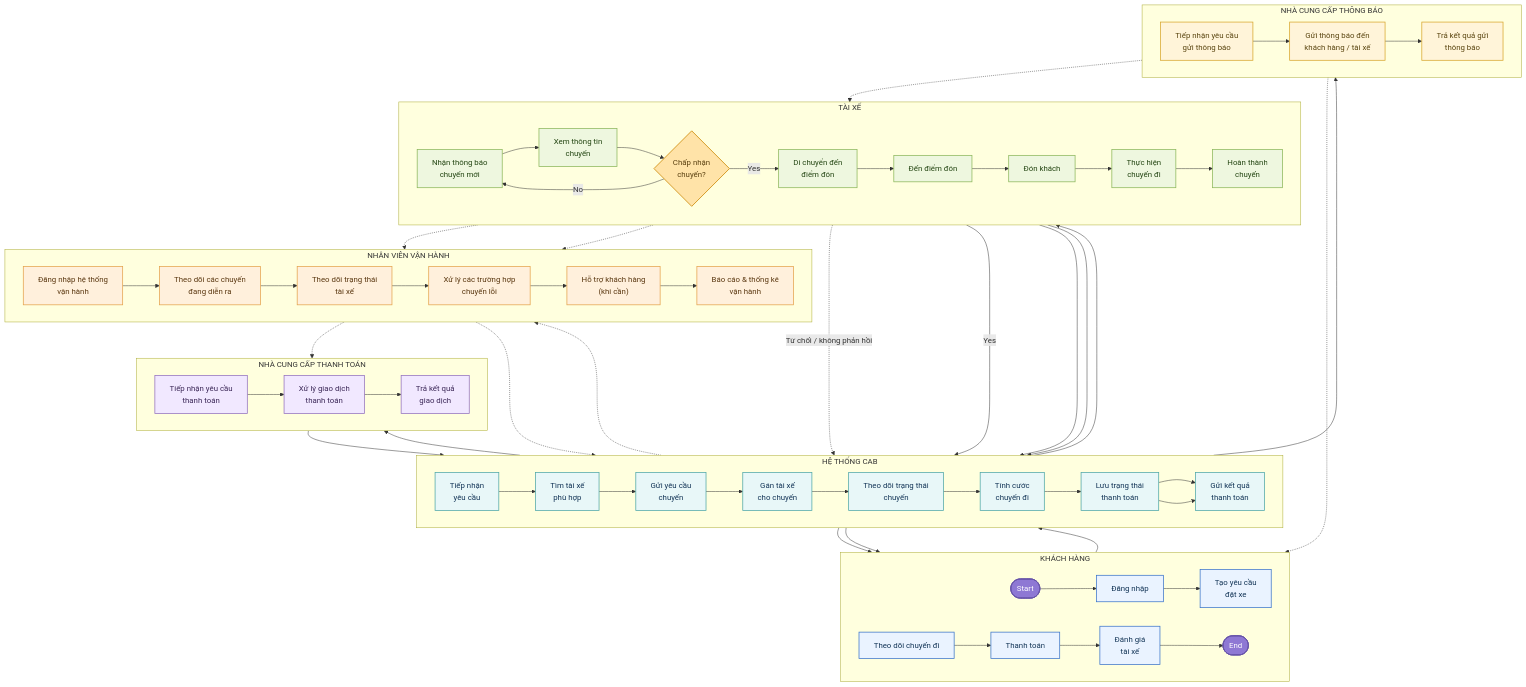
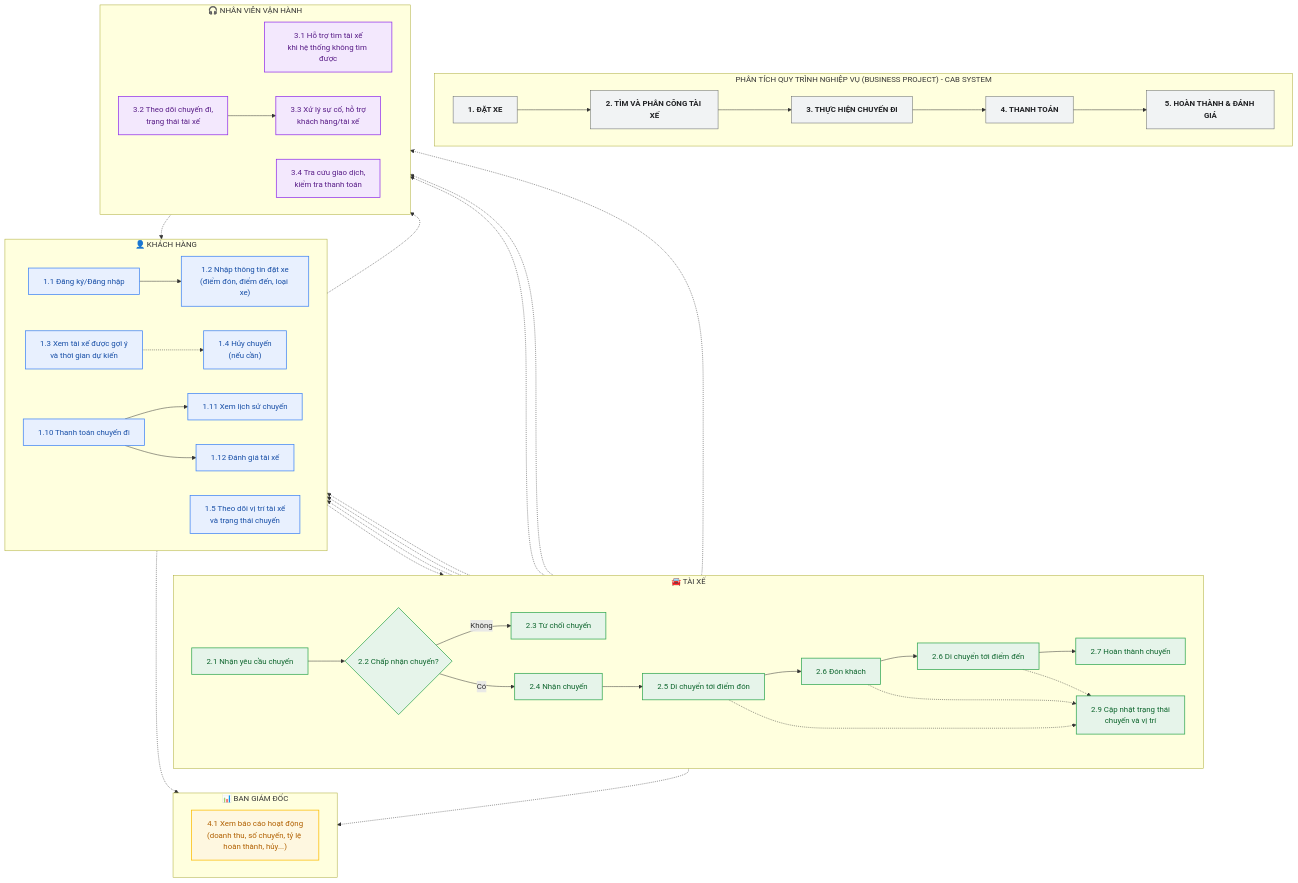
Before and after one commit to DuyThuc110205/23641051_TranTrongDuythuc_cabsystem: the third of 3 diagrams in README.md, drawn with Mermaid. The commit also changed other lines of this file, not shown here.

````diff
--- a/README.md
+++ b/README.md
@@ -763,257 +702,119 @@
 ```mermaid
-flowchart TB
+flowchart TD
 
 %% =========================================================
-%% KHÁCH HÀNG
+%% GIAO ĐOẠN QUY TRÌNH (STAGES)
+%% =========================================================
+subgraph STAGES["PHÂN TÍCH QUY TRÌNH NGHIỆP VỤ (BUSINESS PROJECT) - CAB SYSTEM"]
+direction LR
+    ST1["1. ĐẶT XE"]
+    ST2["2. TÌM VÀ PHÂN CÔNG TÀI XẾ"]
+    ST3["3. THỰC HIỆN CHUYẾN ĐI"]
+    ST4["4. THANH TOÁN"]
+    ST5["5. HOÀN THÀNH & ĐÁNH GIÁ"]
+    ST1 ---> ST2 ---> ST3 ---> ST4 ---> ST5
+end
+
+%% =========================================================
+%% SWIMLANES (LÀN TÁC NHÂN)
 %% =========================================================
 
-subgraph CUSTOMER["KHÁCH HÀNG"]
-direction LR
-
-C_START(["Start"])
-C_LOGIN["Đăng nhập"]
-C_BOOK["Tạo yêu cầu<br/>đặt xe"]
-C_TRACK["Theo dõi chuyến đi"]
-C_PAY["Thanh toán"]
-C_RATE["Đánh giá<br/>tài xế"]
-C_END(["End"])
-
-C_START --> C_LOGIN
-C_LOGIN --> C_BOOK
-C_TRACK --> C_PAY
-C_PAY --> C_RATE
-C_RATE --> C_END
-
+%% 1. KHÁCH HÀNG
+subgraph LANE_CUSTOMER["👤 KHÁCH HÀNG"]
+    direction LR
+    N1_1["1.1 Đăng ký/Đăng nhập"]
+    N1_2["1.2 Nhập thông tin đặt xe<br/>(điểm đón, điểm đến, loại xe)"]
+    N1_3["1.3 Xem tài xế được gợi ý<br/>và thời gian dự kiến"]
+    N1_4["1.4 Hủy chuyến<br/>(nếu cần)"]
+    N1_5["1.5 Theo dõi vị trí tài xế<br/>và trạng thái chuyến"]
+    N1_10["1.10 Thanh toán chuyến đi"]
+    N1_11["1.11 Xem lịch sử chuyến"]
+    N1_12["1.12 Đánh giá tài xế"]
 end
 
+%% 2. TÀI XẾ
+subgraph LANE_DRIVER["🚘 TÀI XẾ"]
+    direction LR
+    N2_1["2.1 Nhận yêu cầu chuyến"]
+    N2_2{"2.2 Chấp nhận chuyến?"}
+    N2_3["2.3 Từ chối chuyến"]
+    N2_4["2.4 Nhận chuyến"]
+    N2_5["2.5 Di chuyển tới điểm đón"]
+    N2_6_1["2.6 Đón khách"]
+    N2_6_2["2.6 Di chuyển tới điểm đến"]
+    N2_7["2.7 Hoàn thành chuyến"]
+    N2_9["2.9 Cập nhật trạng thái<br/>chuyến và vị trí"]
+end
+
+%% 3. NHÂN VIÊN VẬN HÀNH
+subgraph LANE_OPERATOR["🎧 NHÂN VIÊN VẬN HÀNH"]
+    direction LR
+    N3_1["3.1 Hỗ trợ tìm tài xế<br/>khi hệ thống không tìm được"]
+    N3_2["3.2 Theo dõi chuyến đi,<br/>trạng thái tài xế"]
+    N3_3["3.3 Xử lý sự cố, hỗ trợ<br/>khách hàng/tài xế"]
+    N3_4["3.4 Tra cứu giao dịch,<br/>kiểm tra thanh toán"]
+end
+
+%% 4. BAN GIÁM ĐỐC
+subgraph LANE_BOARD["📊 BAN GIÁM ĐỐC"]
+    direction LR
+    N4_1["4.1 Xem báo cáo hoạt động<br/>(doanh thu, số chuyến, tỷ lệ hoàn thành, hủy...)"]
+end
 
 %% =========================================================
-%% HỆ THỐNG CAB
+%% LUỒNG NGHIỆP VỤ & LIÊN KẾT (FLOWS & CONNECTIONS)
 %% =========================================================
 
-subgraph SYSTEM["HỆ THỐNG CAB"]
-direction LR
+%% Làn Khách hàng
+N1_1 --> N1_2
+N1_2 -.-> N2_1
+N1_3 -.-> N1_4
+N1_10 --> N1_11
+N1_10 --> N1_12
 
-SYS_RECEIVE["Tiếp nhận<br/>yêu cầu"]
-SYS_FIND["Tìm tài xế<br/>phù hợp"]
-SYS_SEND["Gửi yêu cầu<br/>chuyến"]
-SYS_ASSIGN["Gán tài xế<br/>cho chuyến"]
-SYS_TRACK["Theo dõi trạng thái<br/>chuyến"]
-SYS_FARE["Tính cước<br/>chuyến đi"]
-SYS_SAVE["Lưu trạng thái<br/>thanh toán"]
-SYS_RESULT["Gửi kết quả<br/>thanh toán"]
+%% Làn Tài xế
+N2_1 --> N2_2
+N2_2 -- "Không" --> N2_3
+N2_2 -- "Có" --> N2_4
+N2_3 -.-> N3_1
+N2_4 -.-> N1_3
+N2_4 --> N2_5
+N2_5 --> N2_6_1
+N2_6_1 --> N2_6_2
+N2_6_2 --> N2_7
 
-SYS_RECEIVE --> SYS_FIND
-SYS_FIND --> SYS_SEND
-SYS_SEND --> SYS_ASSIGN
-SYS_ASSIGN --> SYS_TRACK
-SYS_TRACK --> SYS_FARE
-SYS_FARE --> SYS_SAVE
-SYS_SAVE --> SYS_RESULT
+%% Cập nhật vị trí & trạng thái
+N2_5 -.-> N2_9
+N2_6_1 -.-> N2_9
+N2_6_2 -.-> N2_9
+N2_9 -.-> N1_5
 
-end
+%% Làn Nhân viên Vận hành
+N3_1 -.-> N1_3
+N3_2 --> N3_3
+N2_9 -.-> N3_2
+N2_7 -.-> N3_4
+N1_10 -.-> N3_4
 
+%% Làn Ban Giám đốc
+N2_7 -.-> N4_1
+N1_12 -.-> N4_1
+
+%% Chuyển giao qua Thanh toán
+N2_7 -.-> N1_10
 
 %% =========================================================
-%% TÀI XẾ
+%% STYLES & COLORS
 %% =========================================================
+classDef stageStyle fill:#f1f3f4,stroke:#5f6368,stroke-width:1px,color:#202124,font-weight:bold;
+classDef custStyle fill:#e8f0fe,stroke:#4285f4,stroke-width:1.5px,color:#174ea6;
+classDef drivStyle fill:#e6f4ea,stroke:#34a853,stroke-width:1.5px,color:#0d652d;
+classDef operStyle fill:#f3e8fd,stroke:#9333ea,stroke-width:1.5px,color:#581c87;
+classDef boardStyle fill:#fef7e0,stroke:#fbbc04,stroke-width:1.5px,color:#b06000;
 
-subgraph DRIVER["TÀI XẾ"]
-direction LR
-
-D_NOTIFY["Nhận thông báo<br/>chuyến mới"]
-D_VIEW["Xem thông tin<br/>chuyến"]
-D_ACCEPT{"Chấp nhận<br/>chuyến?"}
-D_MOVE["Di chuyển đến<br/>điểm đón"]
-D_ARRIVE["Đến điểm đón"]
-D_PICKUP["Đón khách"]
-D_TRIP["Thực hiện<br/>chuyến đi"]
-D_COMPLETE["Hoàn thành<br/>chuyến"]
-
-D_NOTIFY --> D_VIEW
-D_VIEW --> D_ACCEPT
-D_ACCEPT -->|Yes| D_MOVE
-D_MOVE --> D_ARRIVE
-D_ARRIVE --> D_PICKUP
-D_PICKUP --> D_TRIP
-D_TRIP --> D_COMPLETE
-
-end
-
-
-%% =========================================================
-%% NHÂN VIÊN VẬN HÀNH
-%% =========================================================
-
-subgraph OPERATION["NHÂN VIÊN VẬN HÀNH"]
-direction LR
-
-O_LOGIN["Đăng nhập hệ thống<br/>vận hành"]
-O_MONITOR_TRIP["Theo dõi các chuyến<br/>đang diễn ra"]
-O_MONITOR_DRIVER["Theo dõi trạng thái<br/>tài xế"]
-O_ERROR["Xử lý các trường hợp<br/>chuyến lỗi"]
-O_SUPPORT["Hỗ trợ khách hàng<br/>(khi cần)"]
-O_REPORT["Báo cáo & thống kê<br/>vận hành"]
-
-O_LOGIN --> O_MONITOR_TRIP
-O_MONITOR_TRIP --> O_MONITOR_DRIVER
-O_MONITOR_DRIVER --> O_ERROR
-O_ERROR --> O_SUPPORT
-O_SUPPORT --> O_REPORT
-
-end
-
-
-%% =========================================================
-%% NHÀ CUNG CẤP THANH TOÁN
-%% =========================================================
-
-subgraph PAYMENT["NHÀ CUNG CẤP THANH TOÁN"]
-direction LR
-
-PAY_RECEIVE["Tiếp nhận yêu cầu<br/>thanh toán"]
-PAY_PROCESS["Xử lý giao dịch<br/>thanh toán"]
-PAY_RESULT["Trả kết quả<br/>giao dịch"]
-
-PAY_RECEIVE --> PAY_PROCESS
-PAY_PROCESS --> PAY_RESULT
-
-end
-
-
-%% =========================================================
-%% NHÀ CUNG CẤP THÔNG BÁO
-%% =========================================================
-
-subgraph NOTIFICATION["NHÀ CUNG CẤP THÔNG BÁO"]
-direction LR
-
-NOTI_RECEIVE["Tiếp nhận yêu cầu<br/>gửi thông báo"]
-NOTI_SEND["Gửi thông báo đến<br/>khách hàng / tài xế"]
-NOTI_RESULT["Trả kết quả gửi<br/>thông báo"]
-
-NOTI_RECEIVE --> NOTI_SEND
-NOTI_SEND --> NOTI_RESULT
-
-end
-
-
-%% =========================================================
-%% KHÁCH HÀNG → HỆ THỐNG
-%% =========================================================
-
-C_BOOK --> SYS_RECEIVE
-
-
-%% =========================================================
-%% HỆ THỐNG → TÀI XẾ
-%% =========================================================
-
-SYS_SEND --> D_NOTIFY
-
-
-%% =========================================================
-%% TÀI XẾ TỪ CHỐI / KHÔNG PHẢN HỒI
-%% =========================================================
-
-D_ACCEPT -->|No| D_NOTIFY
-
-D_ACCEPT -. "Từ chối / không phản hồi" .-> SYS_FIND
-
-
-%% =========================================================
-%% TÀI XẾ → HỆ THỐNG
-%% =========================================================
-
-D_ACCEPT -->|Yes| SYS_ASSIGN
-
-D_COMPLETE --> SYS_TRACK
-
-
-%% =========================================================
-%% HỆ THỐNG → KHÁCH HÀNG
-%% =========================================================
-
-SYS_TRACK --> C_TRACK
-SYS_RESULT --> C_PAY
-
-
-%% =========================================================
-%% QUẢN LÝ / GIÁM SÁT VẬN HÀNH
-%% =========================================================
-
-SYS_TRACK -.-> O_MONITOR_TRIP
-D_COMPLETE -.-> O_MONITOR_TRIP
-D_NOTIFY -.-> O_MONITOR_DRIVER
-
-
-%% =========================================================
-%% HOÀN THÀNH CHUYẾN → TÍNH CƯỚC
-%% =========================================================
-
-D_COMPLETE --> SYS_FARE
-
-
-%% =========================================================
-%% THANH TOÁN
-%% =========================================================
-
-SYS_FARE --> PAY_RECEIVE
-PAY_RESULT --> SYS_SAVE
-SYS_SAVE --> SYS_RESULT
-
-
-%% =========================================================
-%% THÔNG BÁO
-%% =========================================================
-
-SYS_RESULT --> NOTI_RECEIVE
-NOTI_RESULT -.-> C_TRACK
-NOTI_RESULT -.-> D_NOTIFY
-
-
-%% =========================================================
-%% BÁO CÁO VẬN HÀNH
-%% =========================================================
-
-O_REPORT -.-> SYS_TRACK
-O_REPORT -.-> PAY_RESULT
-
-
-%% =========================================================
-%% STYLE
-%% =========================================================
-
-classDef customer fill:#eaf3ff,stroke:#3973c9,stroke-width:1.5px,color:#123456;
-
-classDef system fill:#e8f7f8,stroke:#4da6a6,stroke-width:1.5px,color:#123456;
-
-classDef driver fill:#eef7df,stroke:#8bb65a,stroke-width:1.5px,color:#234512;
-
-classDef operation fill:#fff0dc,stroke:#e4a24c,stroke-width:1.5px,color:#5a3710;
-
-classDef payment fill:#f1e8ff,stroke:#9270bd,stroke-width:1.5px,color:#3b2757;
-
-classDef notification fill:#fff4d9,stroke:#d7a52b,stroke-width:1.5px,color:#5a4510;
-
-classDef startend fill:#8e78d4,stroke:#6652a8,stroke-width:2px,color:white;
-
-classDef decision fill:#ffe3a8,stroke:#d69b27,stroke-width:2px,color:#5a4010;
-
-
-class C_START,C_END startend;
-
-class C_LOGIN,C_BOOK,C_TRACK,C_PAY,C_RATE customer;
-
-class SYS_RECEIVE,SYS_FIND,SYS_SEND,SYS_ASSIGN,SYS_TRACK,SYS_FARE,SYS_SAVE,SYS_RESULT system;
-
-class D_NOTIFY,D_VIEW,D_MOVE,D_ARRIVE,D_PICKUP,D_TRIP,D_COMPLETE driver;
-
-class D_ACCEPT decision;
-
-class O_LOGIN,O_MONITOR_TRIP,O_MONITOR_DRIVER,O_ERROR,O_SUPPORT,O_REPORT operation;
-
-class PAY_RECEIVE,PAY_PROCESS,PAY_RESULT payment;
-
-class NOTI_RECEIVE,NOTI_SEND,NOTI_RESULT notification;
+class ST1,ST2,ST3,ST4,ST5 stageStyle;
+class N1_1,N1_2,N1_3,N1_4,N1_5,N1_10,N1_11,N1_12 custStyle;
+class N2_1,N2_2,N2_3,N2_4,N2_5,N2_6_1,N2_6_2,N2_7,N2_9 drivStyle;
+class N3_1,N3_2,N3_3,N3_4 operStyle;
+class N4_1 boardStyle;
 ```
````
